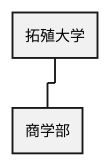
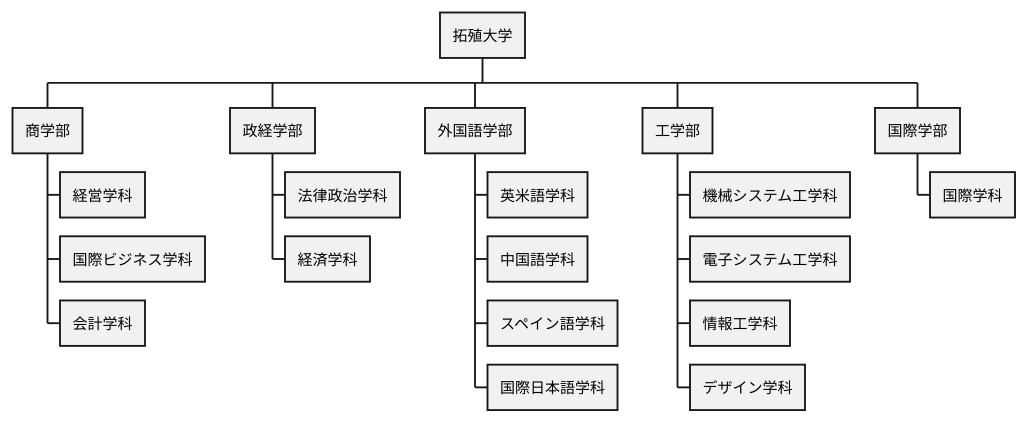
One commit to DCS-1-301-02-2026/graph-G684852026 changed the second of 4 diagrams in exercise.md. Above: the diagram before and after it, drawn with PlantUML. The commit also changed other lines of this file and 1 other file, not shown here.

````diff
--- a/exercise.md
+++ b/exercise.md
@@ -26,6 +29,24 @@
 ```plantUML
 @startwbs ex02
 * 拓殖大学
 ** 商学部
+*** 経営学科
+*** 国際ビジネス学科
+*** 会計学科
+** 政経学部
+*** 法律政治学科
+*** 経済学科
+** 外国語学部
+*** 英米語学科
+*** 中国語学科
+*** スペイン語学科
+*** 国際日本語学科
+** 工学部
+*** 機械システム工学科
+*** 電子システム工学科
+*** 情報工学科
+*** デザイン学科
+** 国際学部
+*** 国際学科
 @endwbs
 ```
````
